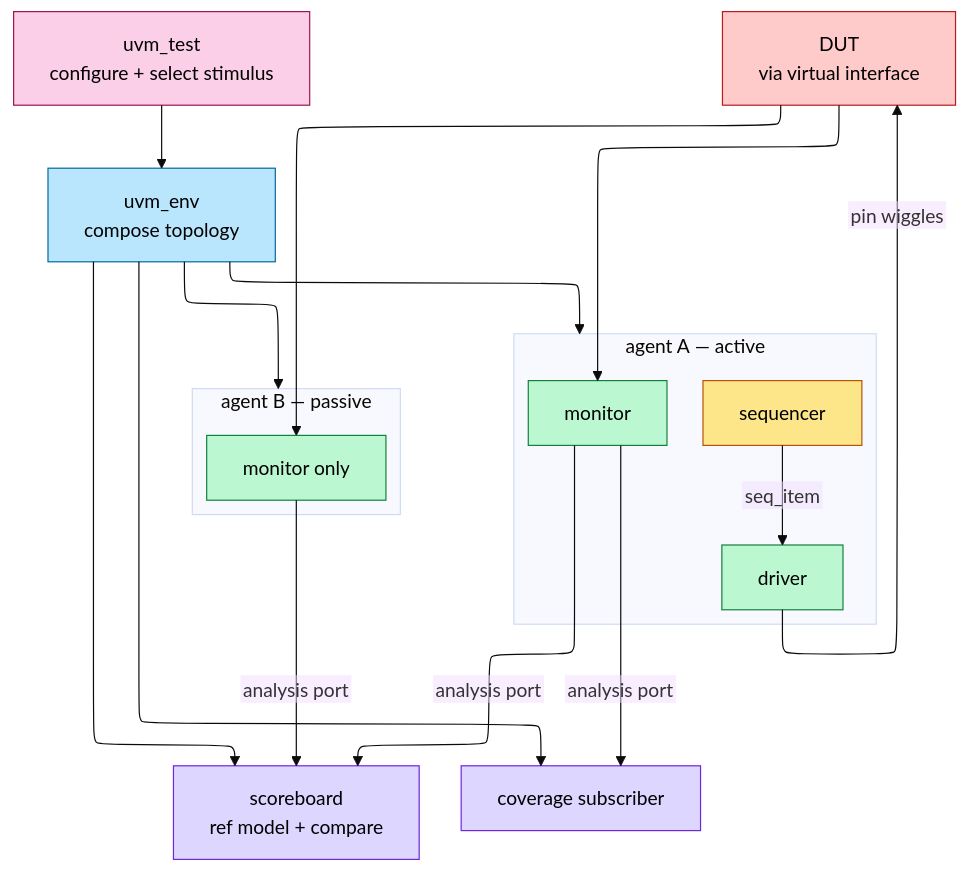
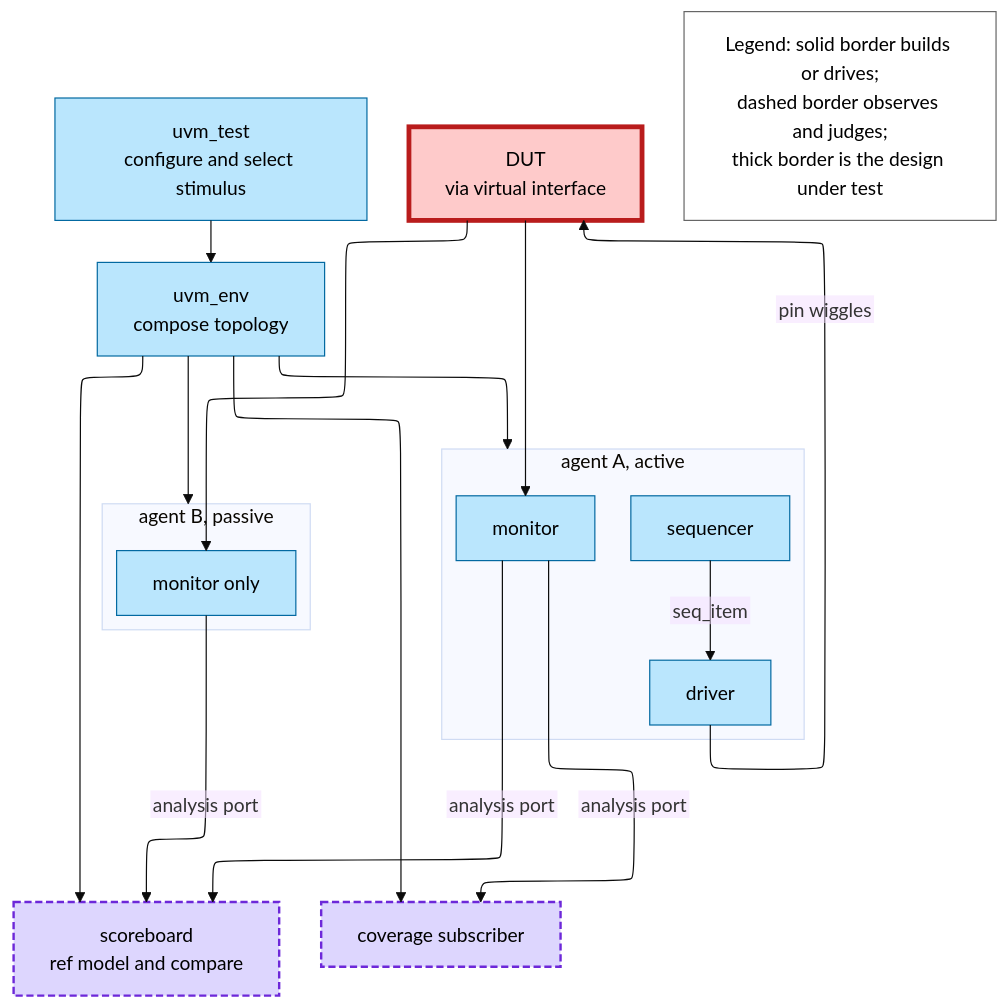
Before and after one commit to Wty2003328/silicon-design-notebook: the first of 3 diagrams in 03_Frontend_RTL_and_Verification/10_UVM_Methodology.md, drawn with Mermaid (base theme). The commit also changed other lines of this file and 125 other files, not shown here.

First line of the commit message:
Complete the AMBA family, refresh the learning path, and make every figure and formula actually render

````diff
--- a/03_Frontend_RTL_and_Verification/10_UVM_Methodology.md
+++ b/03_Frontend_RTL_and_Verification/10_UVM_Methodology.md
@@ -98,30 +98,28 @@
 ```mermaid
 %%{init: {"flowchart": {"defaultRenderer": "elk", "nodeSpacing": 60, "rankSpacing": 60, "htmlLabels": false}}}%%
 flowchart TB
-    TEST[uvm_test<br/>configure + select stimulus]:::test
-    ENV[uvm_env<br/>compose topology]:::env
-    SB[scoreboard<br/>ref model + compare]:::chk
-    COV[coverage subscriber]:::chk
-    subgraph AGT_A[agent A — active]
-        SQR[sequencer]:::seq
-        DRV[driver]:::drv
-        MON[monitor]:::mon
+    TEST["uvm_test<br/>configure and select stimulus"]:::build
+    ENV["uvm_env<br/>compose topology"]:::build
+    SB["scoreboard<br/>ref model and compare"]:::chk
+    COV["coverage subscriber"]:::chk
+    subgraph AGT_A["agent A, active"]
+        SQR["sequencer"]:::build
+        DRV["driver"]:::build
+        MON["monitor"]:::build
     end
-    subgraph AGT_B[agent B — passive]
-        MON2[monitor only]:::mon
+    subgraph AGT_B["agent B, passive"]
+        MON2["monitor only"]:::build
     end
-    DUT[DUT<br/>via virtual interface]:::dut
+    DUT["DUT<br/>via virtual interface"]:::dut
+    LEG["Legend: solid border builds or drives;<br/>dashed border observes and judges;<br/>thick border is the design under test"]:::leg
     TEST --> ENV
     ENV --> AGT_A & AGT_B & SB & COV
-    SQR -->|seq_item| DRV -->|pin wiggles| DUT
+    SQR -->|"seq_item"| DRV -->|"pin wiggles"| DUT
     DUT --> MON & MON2
-    MON -->|analysis port| SB & COV
-    MON2 -->|analysis port| SB
-    classDef test fill:#fbcfe8,stroke:#9d174d,color:#000
-    classDef env fill:#bae6fd,stroke:#0369a1,color:#000
-    classDef seq fill:#fde68a,stroke:#b45309,color:#000
-    classDef drv fill:#bbf7d0,stroke:#15803d,color:#000
-    classDef mon fill:#bbf7d0,stroke:#15803d,color:#000
-    classDef chk fill:#ddd6fe,stroke:#6d28d9,color:#000
-    classDef dut fill:#fecaca,stroke:#b91c1c,color:#000
+    MON -->|"analysis port"| SB & COV
+    MON2 -->|"analysis port"| SB
+    classDef build fill:#bae6fd,stroke:#0369a1,color:#000,stroke-width:1px
+    classDef chk fill:#ddd6fe,stroke:#6d28d9,color:#000,stroke-width:2px,stroke-dasharray:6 3
+    classDef dut fill:#fecaca,stroke:#b91c1c,color:#000,stroke-width:4px
+    classDef leg fill:#ffffff,stroke:#666,color:#000
 ```
````
